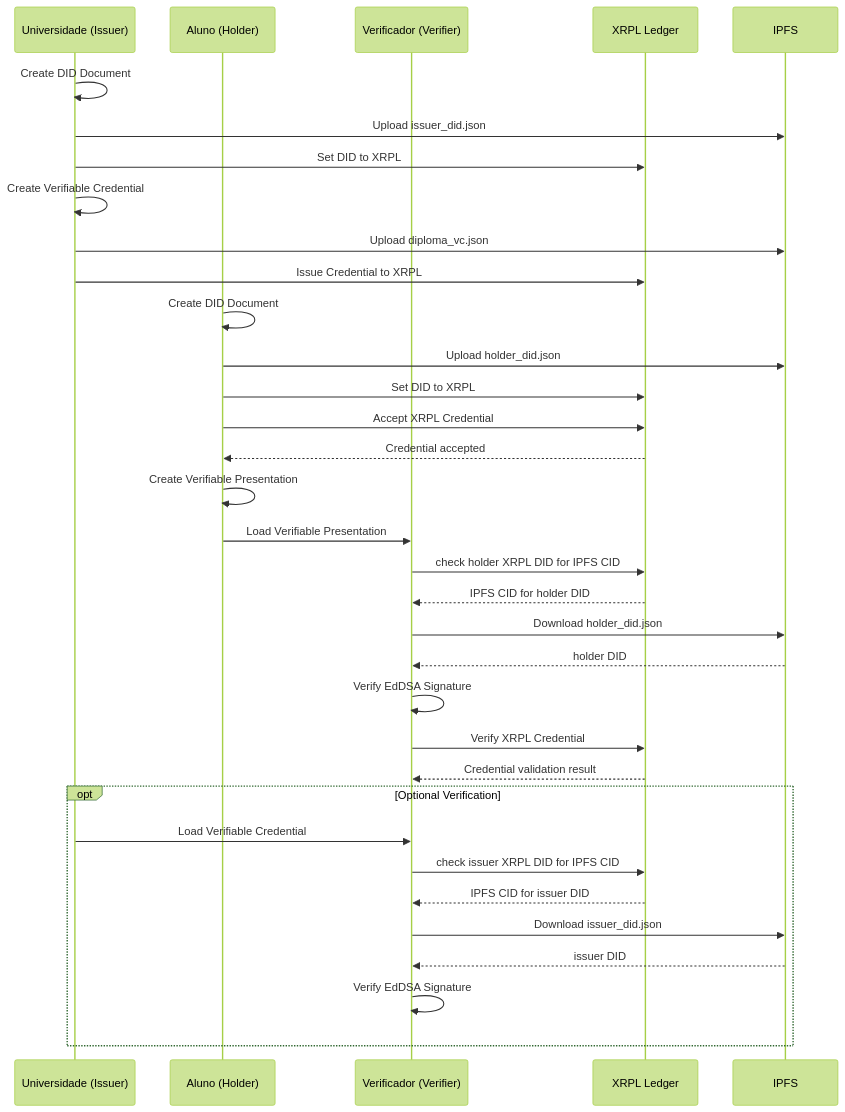
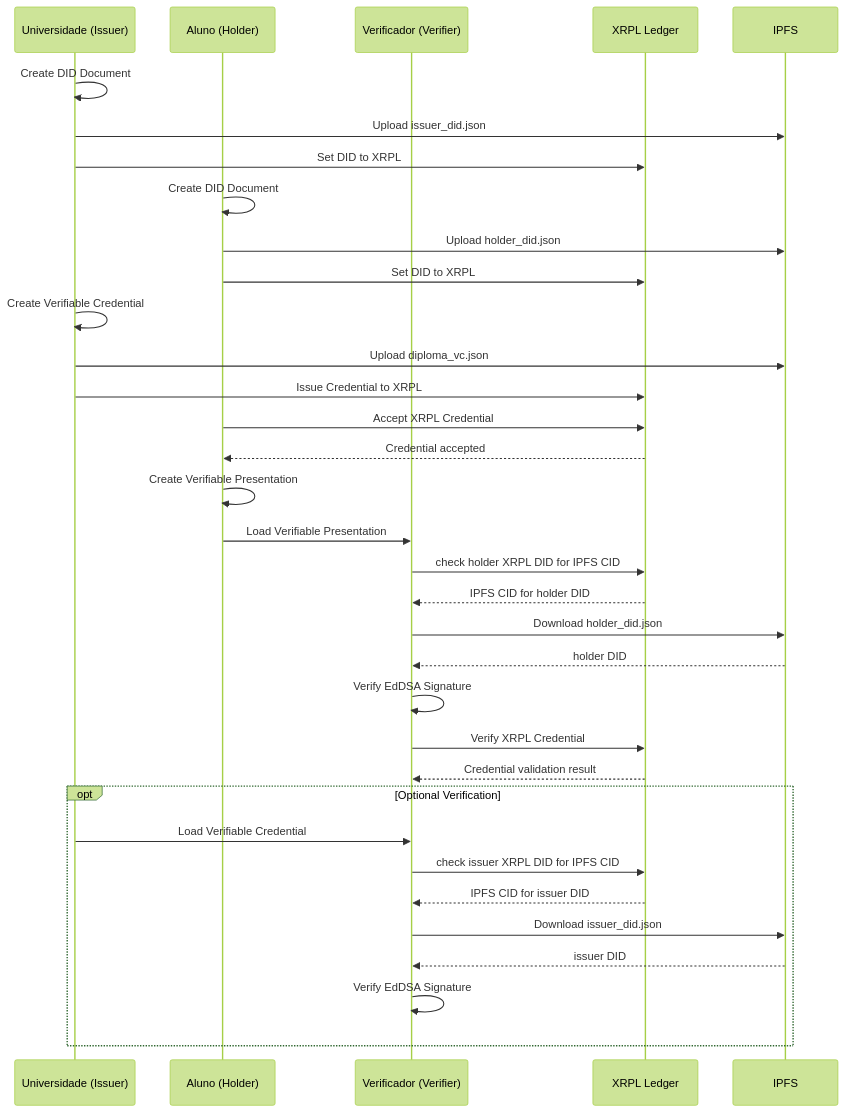
The second of 2 diagrams in xrpl-ipfs/readme.md (mauriciopillon/didproject), drawn with Mermaid (forest theme) before and after one commit. The commit also changed other lines of this file and 10 other files, not shown here.

````diff
--- a/xrpl-ipfs/readme.md
+++ b/xrpl-ipfs/readme.md
@@ -107,48 +107,48 @@
 ```mermaid
 sequenceDiagram
   participant Issuer as Universidade (Issuer)
   participant Holder as Aluno (Holder)
   participant Verifier as Verificador (Verifier)
   participant XRPL as XRPL Ledger
   participant IPFS as IPFS
 
   Issuer->>Issuer: Create DID Document
   Issuer->>IPFS: Upload issuer_did.json
   Issuer->>XRPL: Set DID to XRPL
 
+  Holder->>Holder: Create DID Document
+  Holder->>IPFS: Upload holder_did.json
+  Holder->>XRPL: Set DID to XRPL
+
   Issuer->>Issuer: Create Verifiable Credential
   Issuer->>IPFS: Upload diploma_vc.json
   Issuer->>XRPL: Issue Credential to XRPL
-
-  Holder->>Holder: Create DID Document
-  Holder->>IPFS: Upload holder_did.json
-  Holder->>XRPL: Set DID to XRPL
 
   Holder->>XRPL: Accept XRPL Credential
   XRPL-->>Holder: Credential accepted
 
   Holder->>Holder: Create Verifiable Presentation
   Holder->>Verifier: Load Verifiable Presentation
 
   Verifier->>XRPL: check holder XRPL DID for IPFS CID
   XRPL-->>Verifier: IPFS CID for holder DID 
   Verifier->>IPFS: Download holder_did.json
   IPFS-->>Verifier: holder DID
 
   Verifier->>Verifier: Verify EdDSA Signature
 
   Verifier->>XRPL: Verify XRPL Credential
   XRPL-->>Verifier: Credential validation result
 
   opt Optional Verification
       Issuer->>Verifier: Load Verifiable Credential
       Verifier->>XRPL: check issuer XRPL DID for IPFS CID
       XRPL-->>Verifier: IPFS CID for issuer DID
       Verifier->>IPFS: Download issuer_did.json
       IPFS-->>Verifier: issuer DID
       Verifier->>Verifier: Verify EdDSA Signature
 
   end
 
 
 ```
````
